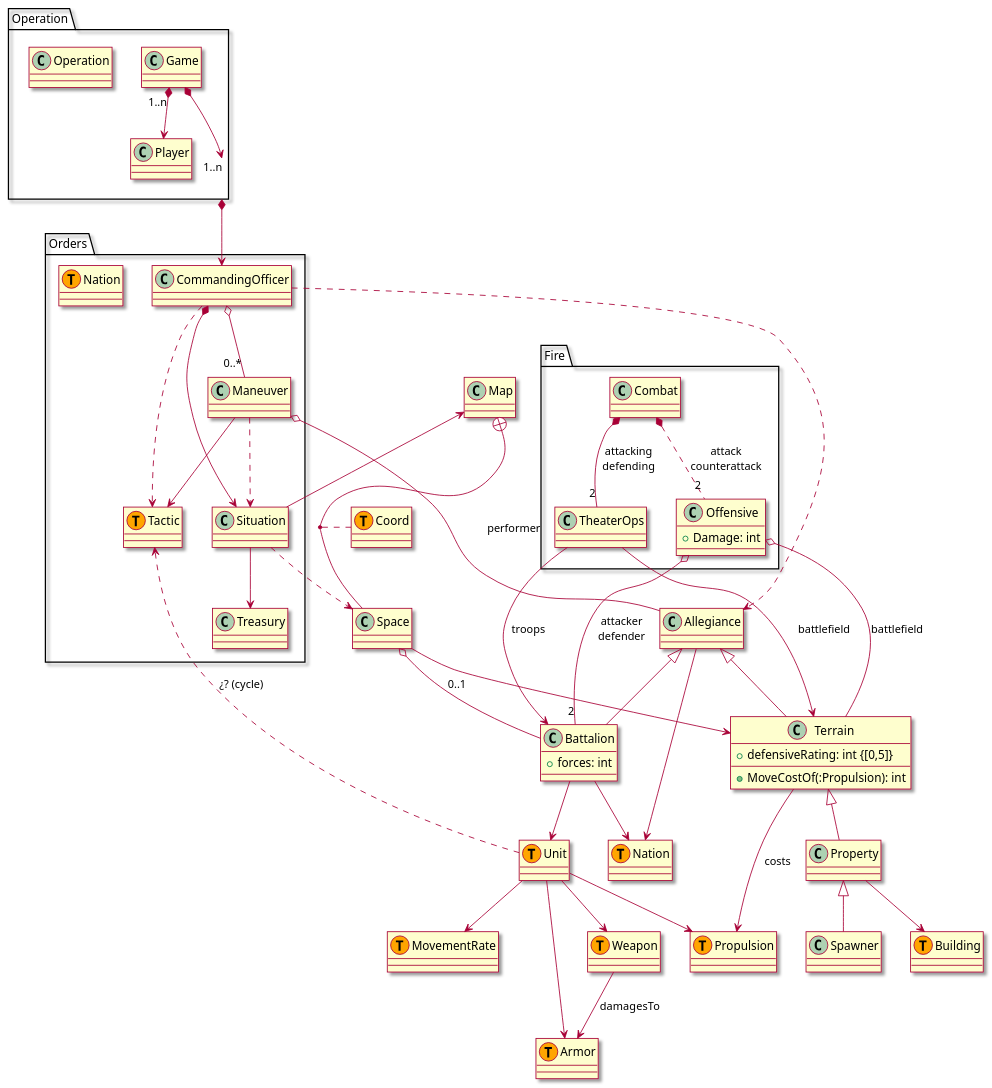
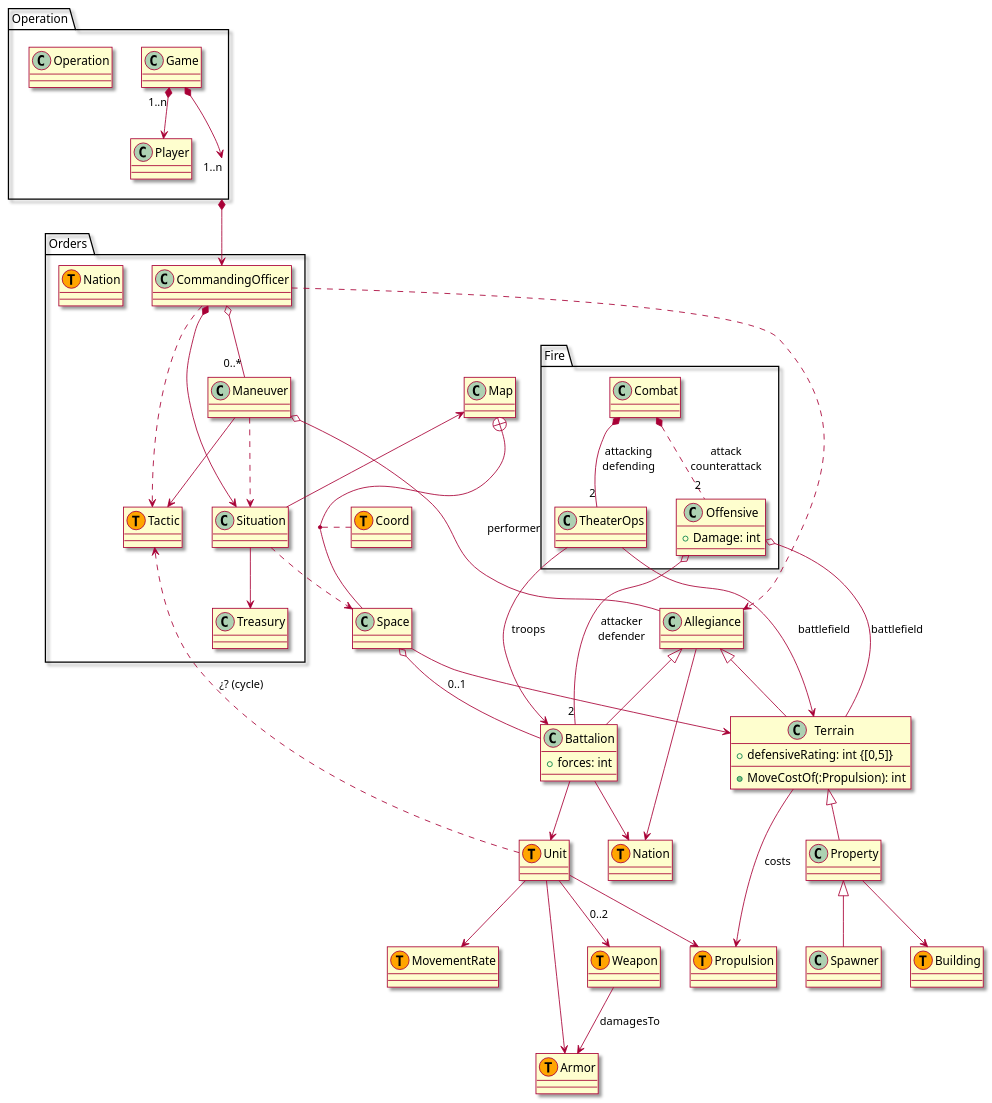
One commit to RicardoGuzmanVelasco/AdvanceWars changed the diagram in Assets/AdvanceWars/Documentation~/Diagrams/Classes.puml. Above: the diagram before and after it, drawn with PlantUML. The commit also changed 2 other files, not shown here.

```diff
--- a/Assets/AdvanceWars/Documentation~/Diagrams/Classes.puml
+++ b/Assets/AdvanceWars/Documentation~/Diagrams/Classes.puml
@@ -1,96 +1,96 @@
 @startuml
 skin rose
 
 class Propulsion <<(T, Orange)>>
 class Terrain{
     +defensiveRating: int {[0,5]}
     +MoveCostOf(:Propulsion): int
 }
 class Building <<(T, Orange)>>
 class Battalion{
     +forces: int
 }
 class Unit <<(T, Orange)>>
 class MovementRate <<(T, Orange)>>
 class Nation <<(T, Orange)>>
 class Map
 class Space
 class Coord <<(T, orange)>>
 class Armor <<(T, Orange)>>
 class Weapon <<(T, Orange)>>
 class Allegiance
 class Spawner
 
 
 package Operation
 {
 class Game
 class Operation
 class Player
 }
 package Orders{
 class Nation <<(T, Orange)>>
 class Tactic <<(T, Orange)>>
 class Maneuver
 class CommandingOfficer
 class Situation
 class Treasury
 }
 
 package Fire{
 class Combat
 class Offensive{
 +Damage: int
 }
 class TheaterOps
 }
 
 Unit --> Propulsion
 Unit --> MovementRate
 Unit --> Armor
 Map +-- Space
 (Map, Space) .. Coord
 Space --> Terrain
 Terrain --> Propulsion : costs
 Terrain -up-|> Allegiance
 Battalion --> Nation
 Battalion -up-|> Allegiance 
 Allegiance --> Nation
 Space o-- Battalion : 0..1
 Battalion --> Unit
 Property -u-|> Terrain
 Property --> Building
-Unit --> Weapon
+Unit --> Weapon : 0..2
 Weapon --> Armor : damagesTo
 Spawner -up-|> Property
 
 Offensive o--- "2" Battalion : attacker\ndefender
 Offensive o--- Terrain : battlefield
 
 CommandingOfficer o-- "0..*" Maneuver
 CommandingOfficer *-> Situation
 CommandingOfficer ..> Allegiance
 CommandingOfficer ..> Tactic
 
 Situation --> Map
 Situation --> Treasury
 Situation ..> Space
 
 Maneuver o-- Allegiance : performer
 Maneuver --> Tactic
 Maneuver ..> Situation
 
 Unit ..> Tactic : ¿? (cycle)
 
 Combat *.. "2" Offensive : attack\ncounterattack
 Combat *-- "2" TheaterOps : attacking\ndefending
 
 TheaterOps --> Terrain : battlefield
 TheaterOps --> Battalion : troops
 
 Game *--> Operation
 Game "1..n" *--> Player
 Operation "1..n" *--> CommandingOfficer
 
 
 @enduml
```
